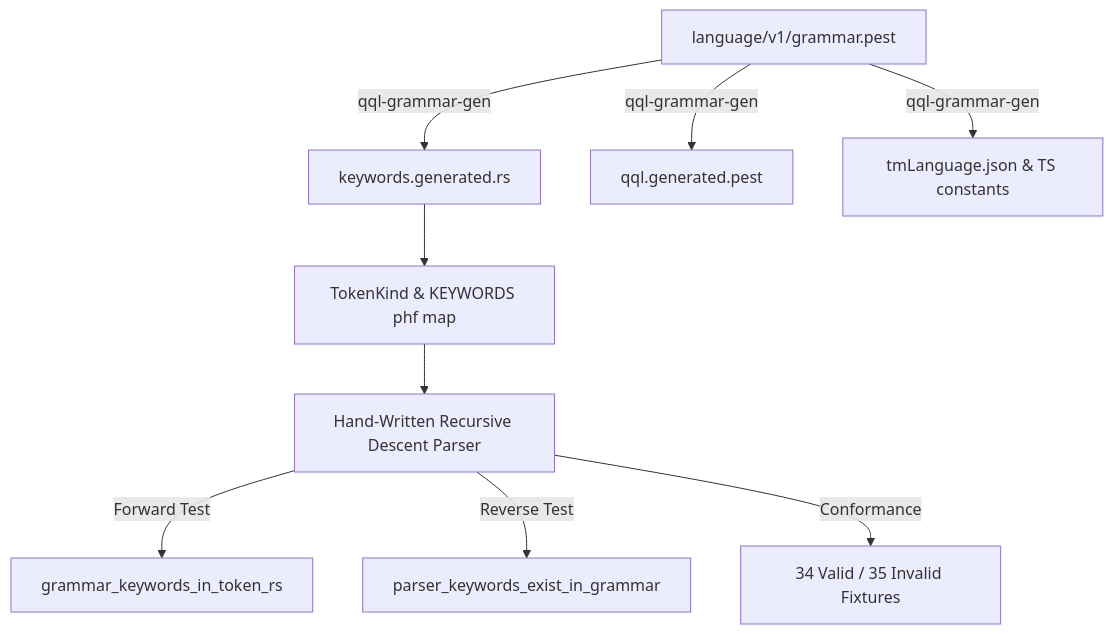
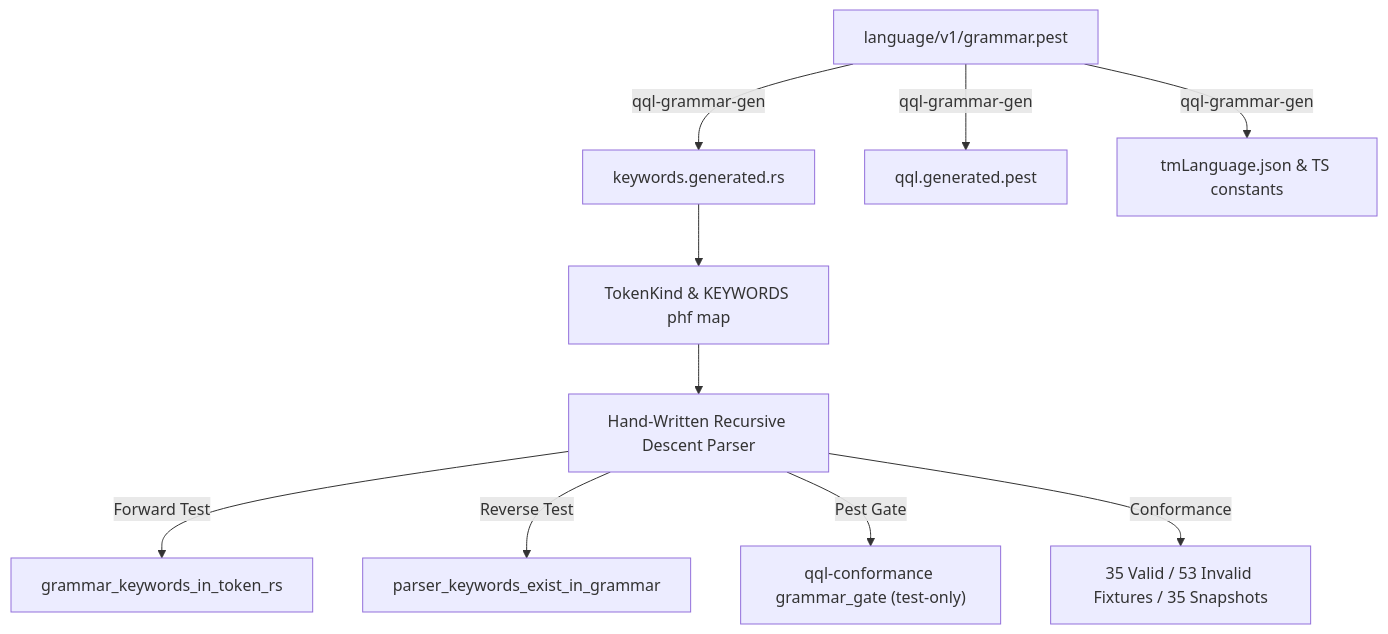
Before and after one commit to srimon12/qql-rs: the diagram in docs/parser_generation_design.md, drawn with Mermaid. The commit also changed other lines of this file and 3 other files, not shown here.

````diff
--- a/docs/parser_generation_design.md
+++ b/docs/parser_generation_design.md
@@ -89,13 +91,14 @@
 ```mermaid
 flowchart TD
     A["language/v1/grammar.pest"] -->|qql-grammar-gen| B["keywords.generated.rs"]
     A -->|qql-grammar-gen| C["qql.generated.pest"]
     A -->|qql-grammar-gen| D["tmLanguage.json & TS constants"]
     
     B --> E["TokenKind & KEYWORDS phf map"]
     E --> F["Hand-Written Recursive Descent Parser"]
     
     F -->|Forward Test| G["grammar_keywords_in_token_rs"]
     F -->|Reverse Test| H["parser_keywords_exist_in_grammar"]
-    F -->|Conformance| I["34 Valid / 35 Invalid Fixtures"]
+    F -->|Pest Gate| I["qql-conformance grammar_gate (test-only)"]
+    F -->|Conformance| J["35 Valid / 53 Invalid Fixtures / 35 Snapshots"]
 ```
````
